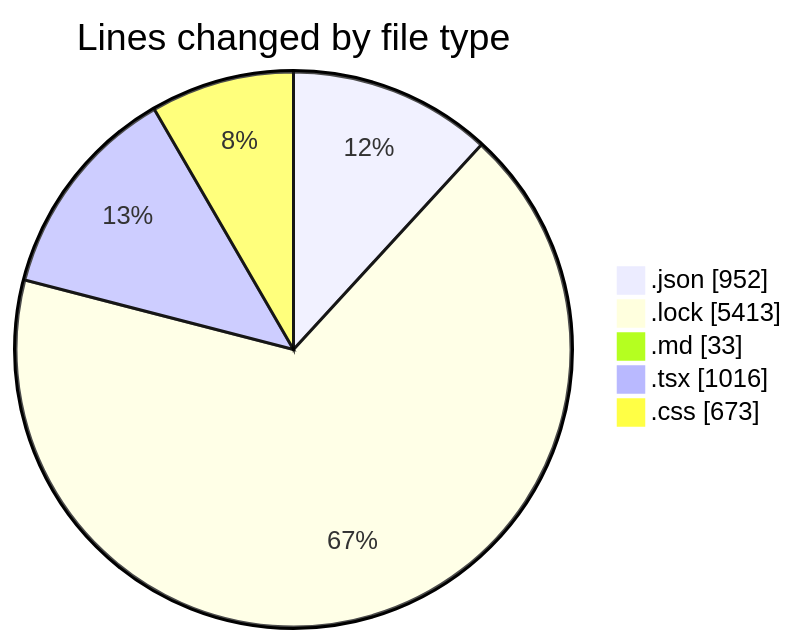
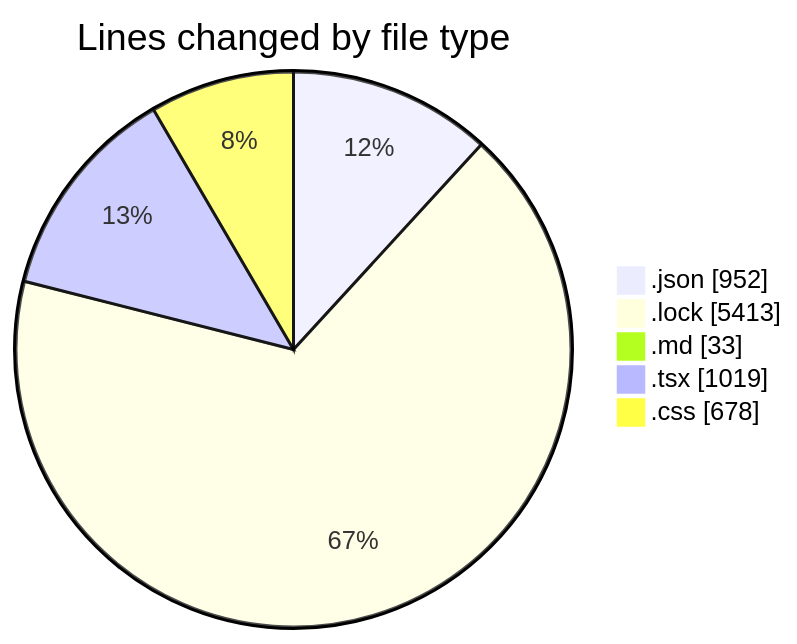
Before and after one commit to EIIisD/code-tracking: the first of 2 diagrams in 2025-08-11/ribbon/README.md, drawn with Mermaid. The commit also changed other lines of this file and 1 other file, not shown here.

````diff
--- a/2025-08-11/ribbon/README.md
+++ b/2025-08-11/ribbon/README.md
@@ -37,9 +37,9 @@
 ```mermaid
 pie showData
 title Lines changed by file type
 ".json" : 952
 ".lock" : 5413
 ".md" : 33
-".tsx" : 1016
-".css" : 673
+".tsx" : 1019
+".css" : 678
 ```
````
